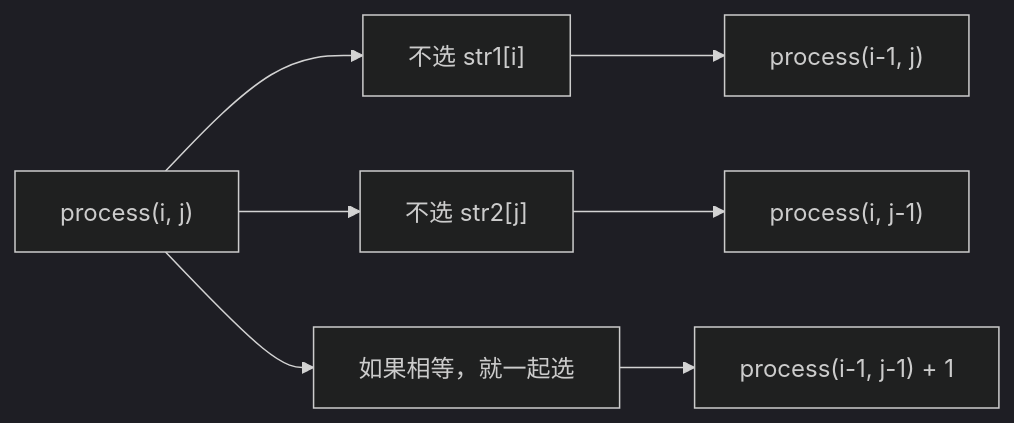
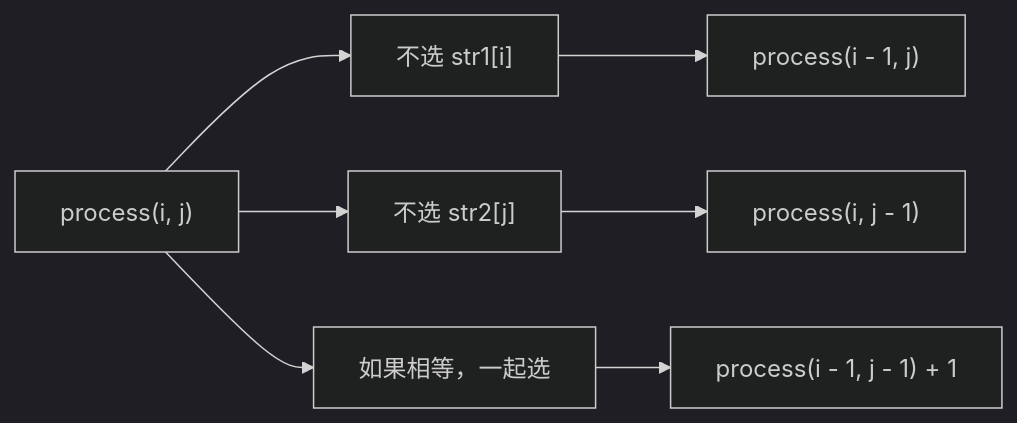
One commit to freeedoooooo/algs changed the second of 3 diagrams in my-notes/01-基础巩固/13-暴力递归到动态规划2-尝试模型/14-尝试模型3-多样本位置对应-最长公共子序列.md. Above: the diagram before and after it, drawn with Mermaid (dark theme). The commit also changed other lines of this file and 3 other files, not shown here.

````diff
--- a/my-notes/01-基础巩固/13-暴力递归到动态规划2-尝试模型/14-尝试模型3-多样本位置对应-最长公共子序列.md
+++ b/my-notes/01-基础巩固/13-暴力递归到动态规划2-尝试模型/14-尝试模型3-多样本位置对应-最长公共子序列.md
@@ -65,9 +57,9 @@
 ```mermaid
 graph LR
     A["process(i, j)"] --> B["不选 str1[i]"]
     A --> C["不选 str2[j]"]
-    A --> D["如果相等，就一起选"]
-    B --> E["process(i-1, j)"]
-    C --> F["process(i, j-1)"]
-    D --> G["process(i-1, j-1) + 1"]
+    A --> D["如果相等，一起选"]
+    B --> E["process(i - 1, j)"]
+    C --> F["process(i, j - 1)"]
+    D --> G["process(i - 1, j - 1) + 1"]
 ```
````
